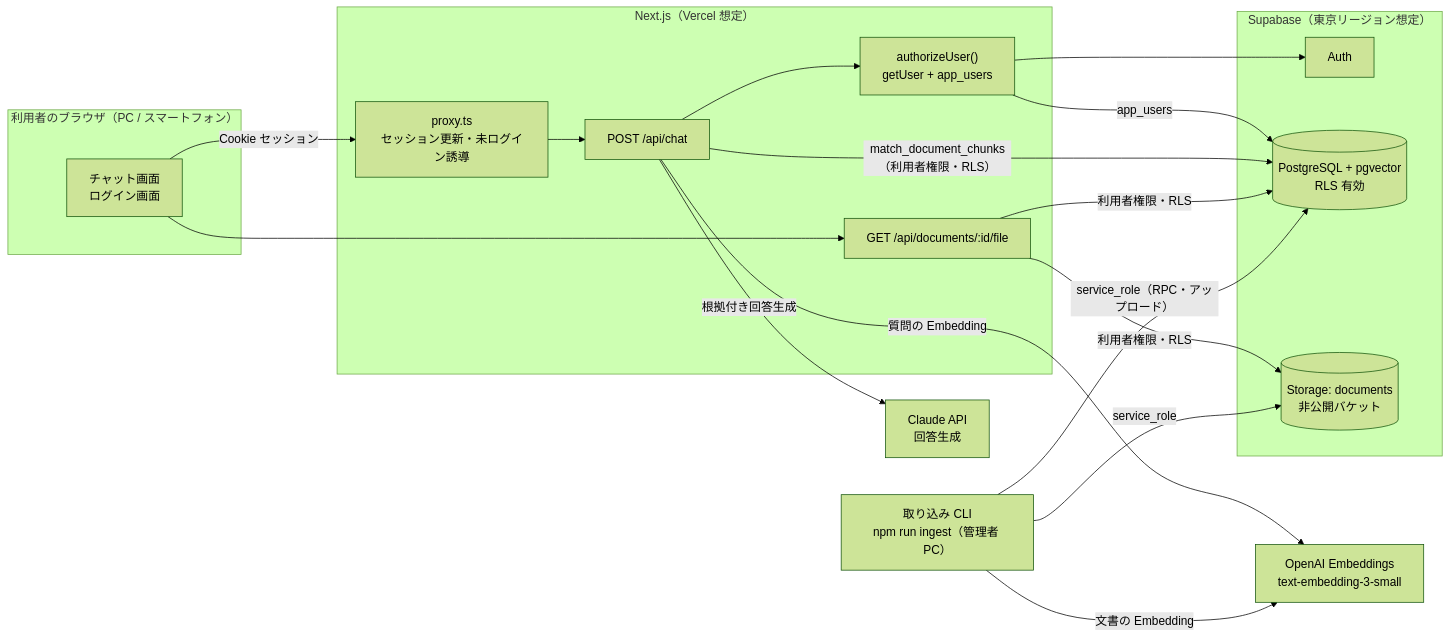
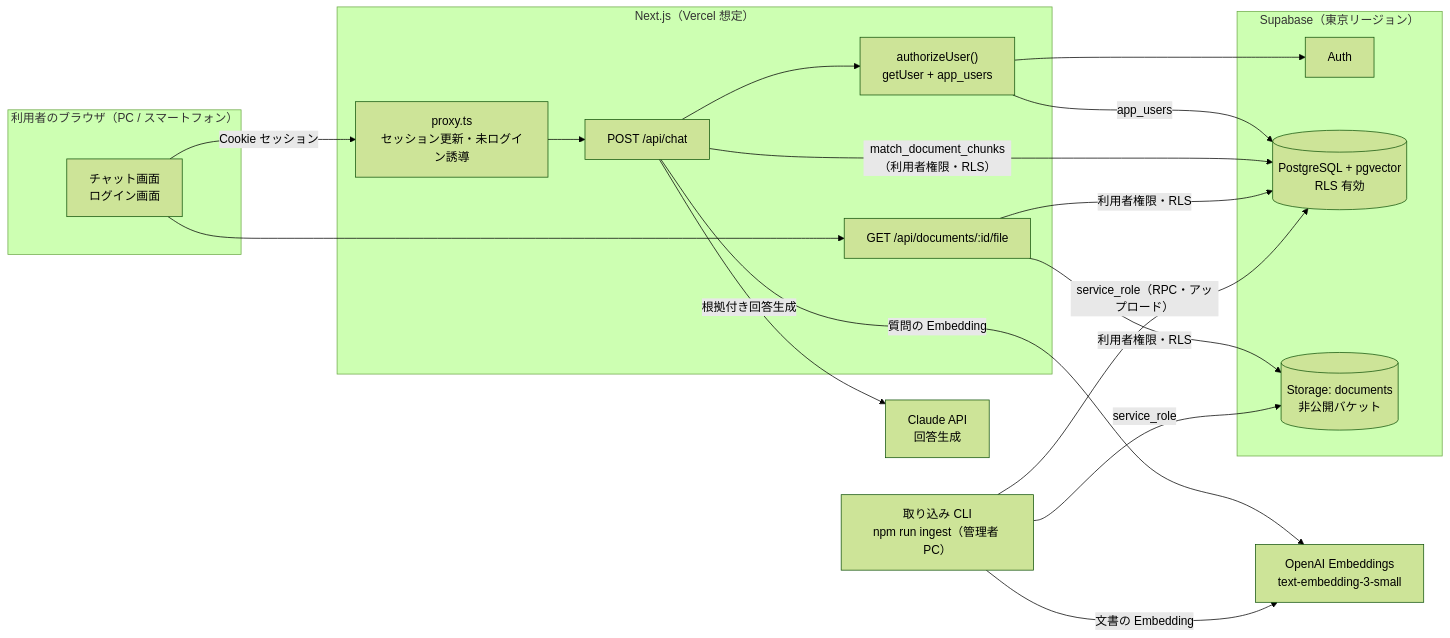
Before and after one commit to iototoooo/rag-document-search: the first of 3 diagrams in docs/ARCHITECTURE.md, drawn with Mermaid (forest theme). The commit also changed 5 other files, not shown here.

````diff
--- a/docs/ARCHITECTURE.md
+++ b/docs/ARCHITECTURE.md
@@ -8,36 +8,36 @@
 ```mermaid
 flowchart LR
   subgraph Client["利用者のブラウザ（PC / スマートフォン）"]
     UI["チャット画面<br/>ログイン画面"]
   end
 
   subgraph Vercel["Next.js（Vercel 想定）"]
     Proxy["proxy.ts<br/>セッション更新・未ログイン誘導"]
     Chat["POST /api/chat"]
     File["GET /api/documents/:id/file"]
     Authz["authorizeUser()<br/>getUser + app_users"]
   end
 
-  subgraph Supabase["Supabase（東京リージョン想定）"]
+  subgraph Supabase["Supabase（東京リージョン）"]
     Auth["Auth"]
     DB[("PostgreSQL + pgvector<br/>RLS 有効")]
     Storage[("Storage: documents<br/>非公開バケット")]
   end
 
   OpenAI["OpenAI Embeddings<br/>text-embedding-3-small"]
   Claude["Claude API<br/>回答生成"]
   CLI["取り込み CLI<br/>npm run ingest（管理者 PC）"]
 
   UI -->|Cookie セッション| Proxy --> Chat
   UI --> File
   Chat --> Authz --> Auth
   Authz -->|app_users| DB
   Chat -->|質問の Embedding| OpenAI
   Chat -->|"match_document_chunks（利用者権限・RLS）"| DB
   Chat -->|根拠付き回答生成| Claude
   File -->|利用者権限・RLS| DB
   File -->|利用者権限・RLS| Storage
   CLI -->|文書の Embedding| OpenAI
   CLI -->|"service_role（RPC・アップロード）"| DB
   CLI -->|service_role| Storage
 ```
````
